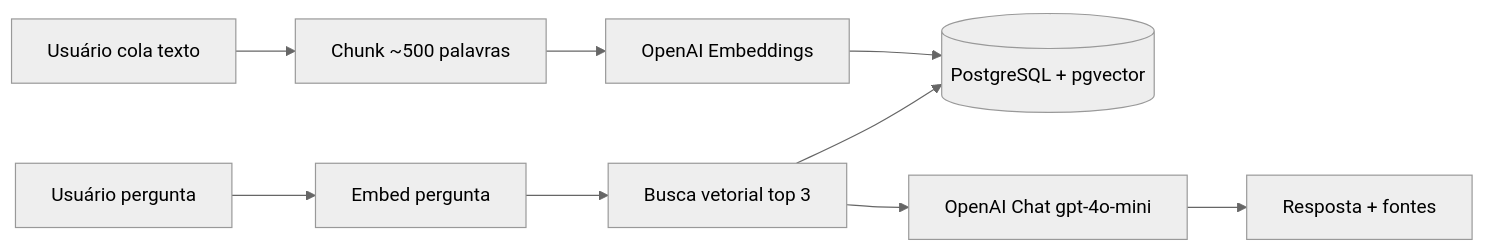
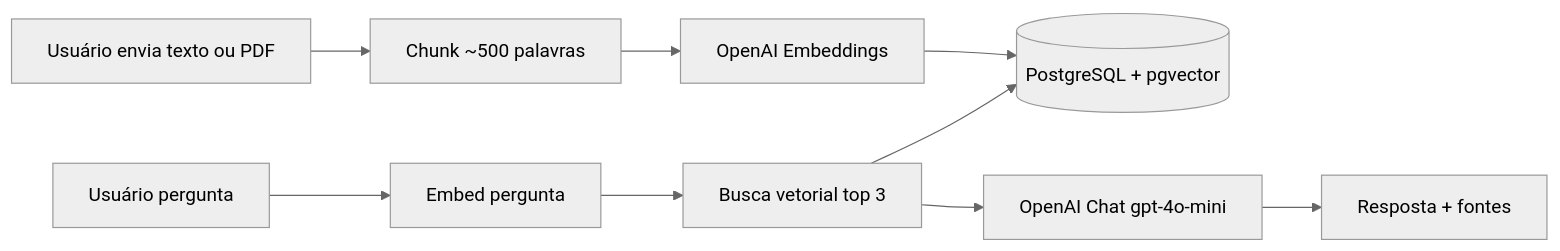
One commit to SamuelCB92/rag changed the diagram in README.pt-BR.md. Above: the diagram before and after it, drawn with Mermaid (neutral theme). The commit also changed other lines of this file and 8 other files, not shown here.

````diff
--- a/README.pt-BR.md
+++ b/README.pt-BR.md
@@ -56,11 +58,11 @@
 ```mermaid
 flowchart LR
-  A[Usuário cola texto] --> B[Chunk ~500 palavras]
+  A[Usuário envia texto ou PDF] --> B[Chunk ~500 palavras]
   B --> C[OpenAI Embeddings]
   C --> D[(PostgreSQL + pgvector)]
   E[Usuário pergunta] --> F[Embed pergunta]
   F --> G[Busca vetorial top 3]
   G --> D
   G --> H[OpenAI Chat gpt-4o-mini]
   H --> I[Resposta + fontes]
 ```
````
